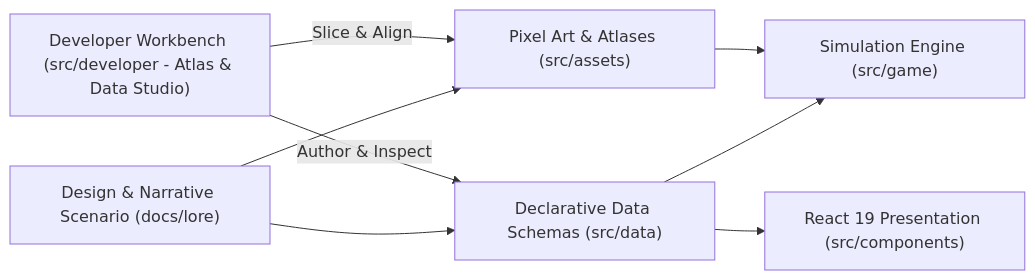
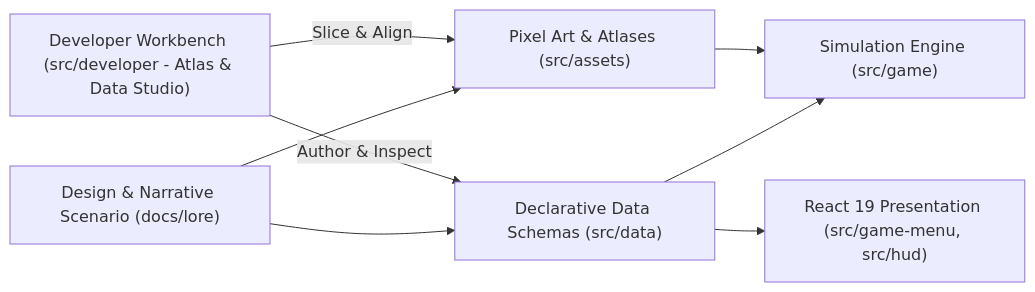
One commit to beoArcha/oXyFlow.VibrantCastle changed the first of 2 diagrams in docs/manifesto/CONTENT_PIPELINE.md. Above: the diagram before and after it, drawn with Mermaid. The commit also changed 187 other files, not shown here.

First line of the commit message:
refactor(ui): decompose src/components into src/game-menu and src/hud

````diff
--- a/docs/manifesto/CONTENT_PIPELINE.md
+++ b/docs/manifesto/CONTENT_PIPELINE.md
@@ -9,10 +9,10 @@
 ```mermaid
 graph LR
     Scenario["Design & Narrative Scenario (docs/lore)"] --> Data["Declarative Data Schemas (src/data)"]
     Scenario --> Art["Pixel Art & Atlases (src/assets)"]
     Data --> Engine["Simulation Engine (src/game)"]
     Art --> Engine
-    Data --> UI["React 19 Presentation (src/components)"]
+    Data --> UI["React 19 Presentation (src/game-menu, src/hud)"]
     Dev["Developer Workbench (src/developer - Atlas & Data Studio)"] -->|Author & Inspect| Data
     Dev -->|Slice & Align| Art
 ```
````
